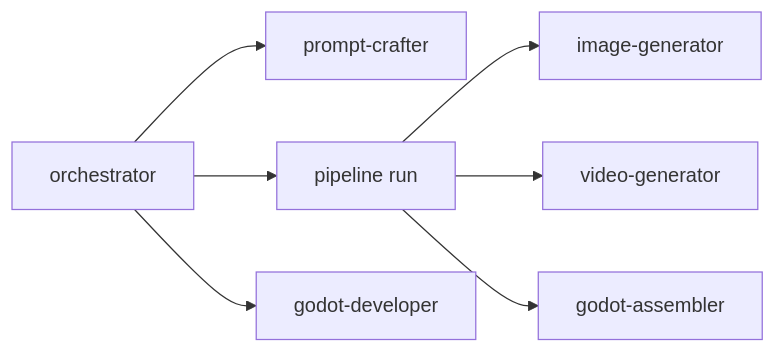
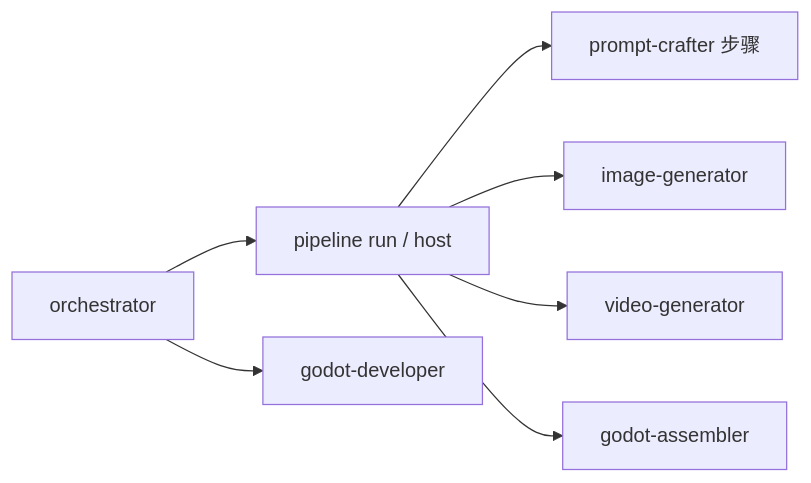
Before and after one commit to ccl6075316-afk/game-ai-foundry: the diagram in docs/AGENT-ROUTING.md, drawn with Mermaid. The commit also changed other lines of this file and 7 other files, not shown here.

Commit message:
docs: demote prompt-crafter to pipeline step; mark host plan progress

````diff
--- a/docs/AGENT-ROUTING.md
+++ b/docs/AGENT-ROUTING.md
@@ -73,9 +93,9 @@
 ```mermaid
 flowchart LR
-    O[orchestrator] --> PC[prompt-crafter]
-    O --> PR[pipeline run]
+    O[orchestrator] --> PR[pipeline run / host]
+    PR --> PC[prompt-crafter 步骤]
     PR --> IG[image-generator]
     PR --> VG[video-generator]
     PR --> GA[godot-assembler]
     O --> GD[godot-developer]
 ```
````
